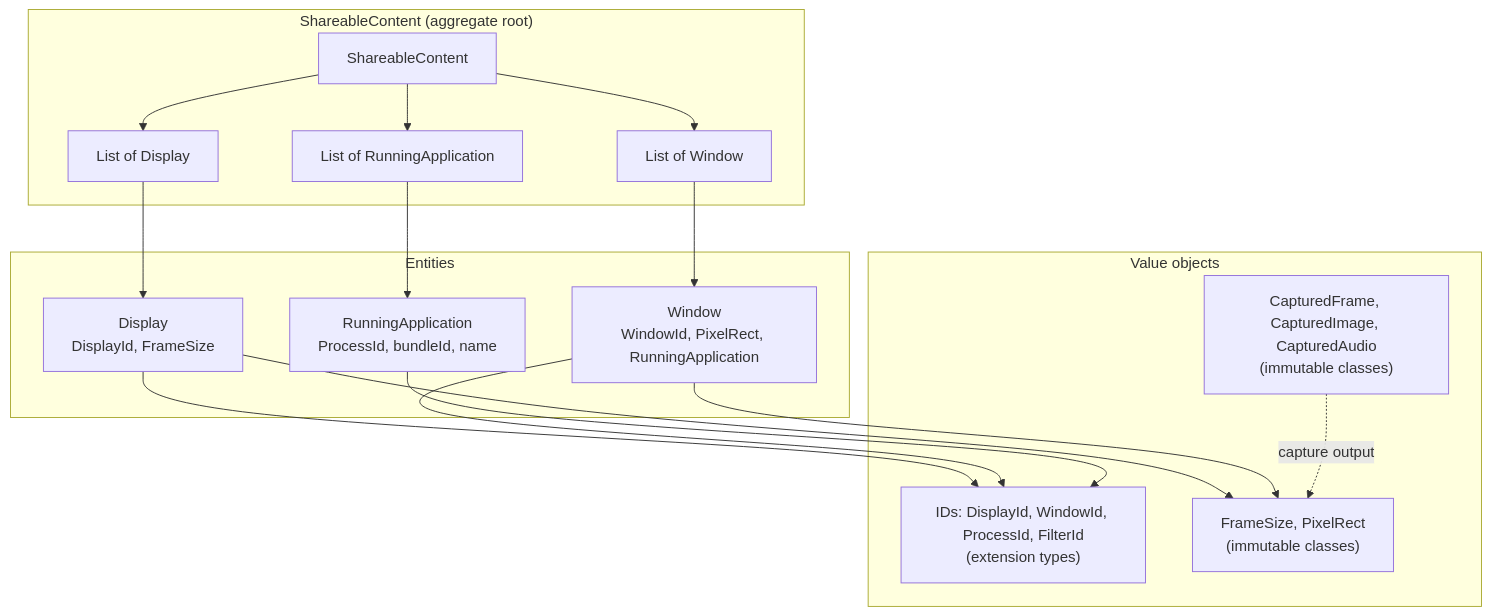
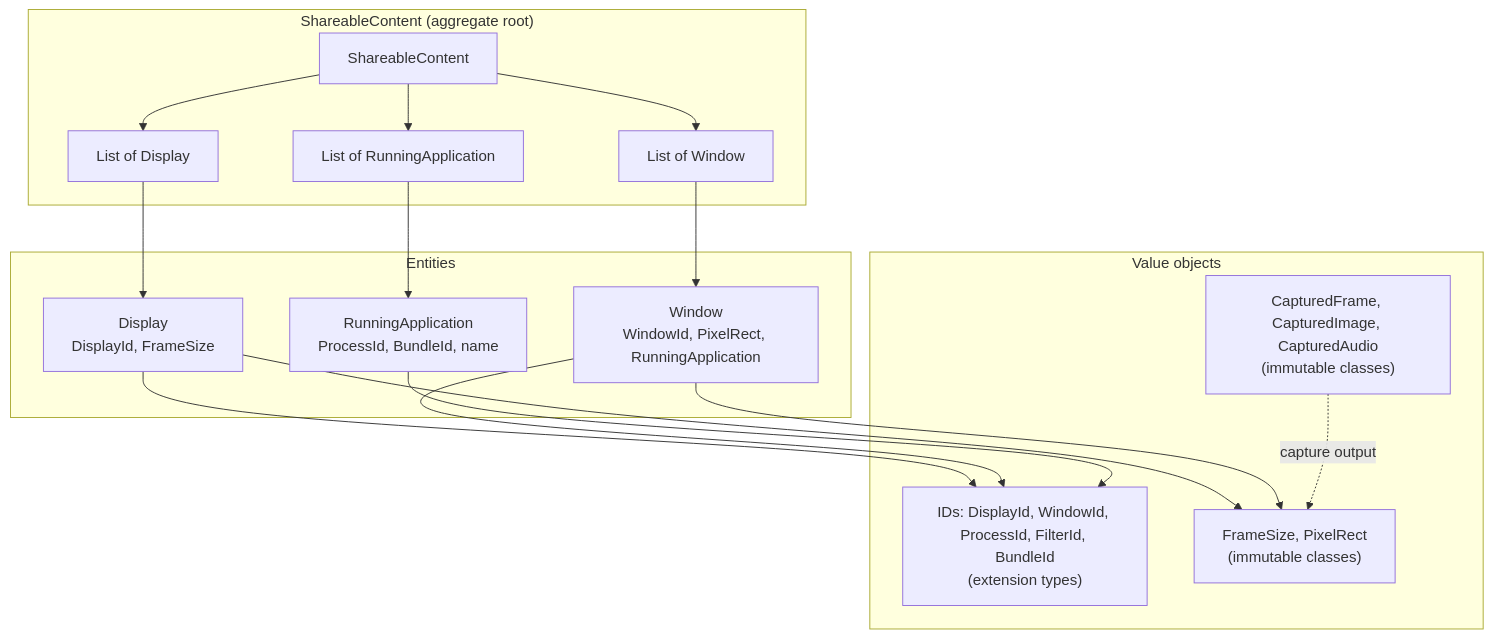
The second of 2 diagrams in doc/domain-model.md (blendfactory/screen-capture-kit), drawn with Mermaid before and after one commit. The commit also changed other lines of this file and 7 other files, not shown here.

````diff
--- a/doc/domain-model.md
+++ b/doc/domain-model.md
@@ -114,28 +123,28 @@
 ```mermaid
 flowchart TB
   subgraph Aggregate["ShareableContent (aggregate root)"]
     SC["ShareableContent"]
     SC --> L1["List of Display"]
     SC --> L2["List of Window"]
     SC --> L3["List of RunningApplication"]
   end
   subgraph Entities["Entities"]
     D["Display\nDisplayId, FrameSize"]
     W["Window\nWindowId, PixelRect, RunningApplication"]
-    RA["RunningApplication\nProcessId, bundleId, name"]
+    RA["RunningApplication\nProcessId, BundleId, name"]
   end
   subgraph ValueObjects["Value objects"]
-    ID["IDs: DisplayId, WindowId, ProcessId, FilterId\n(extension types)"]
+    ID["IDs: DisplayId, WindowId, ProcessId, FilterId, BundleId\n(extension types)"]
     GEO["FrameSize, PixelRect\n(immutable classes)"]
     CAP["CapturedFrame, CapturedImage, CapturedAudio\n(immutable classes)"]
   end
   L1 --> D
   L2 --> W
   L3 --> RA
   D --> ID
   D --> GEO
   W --> ID
   W --> GEO
   RA --> ID
   CAP -.->|capture output| GEO
 ```
````
